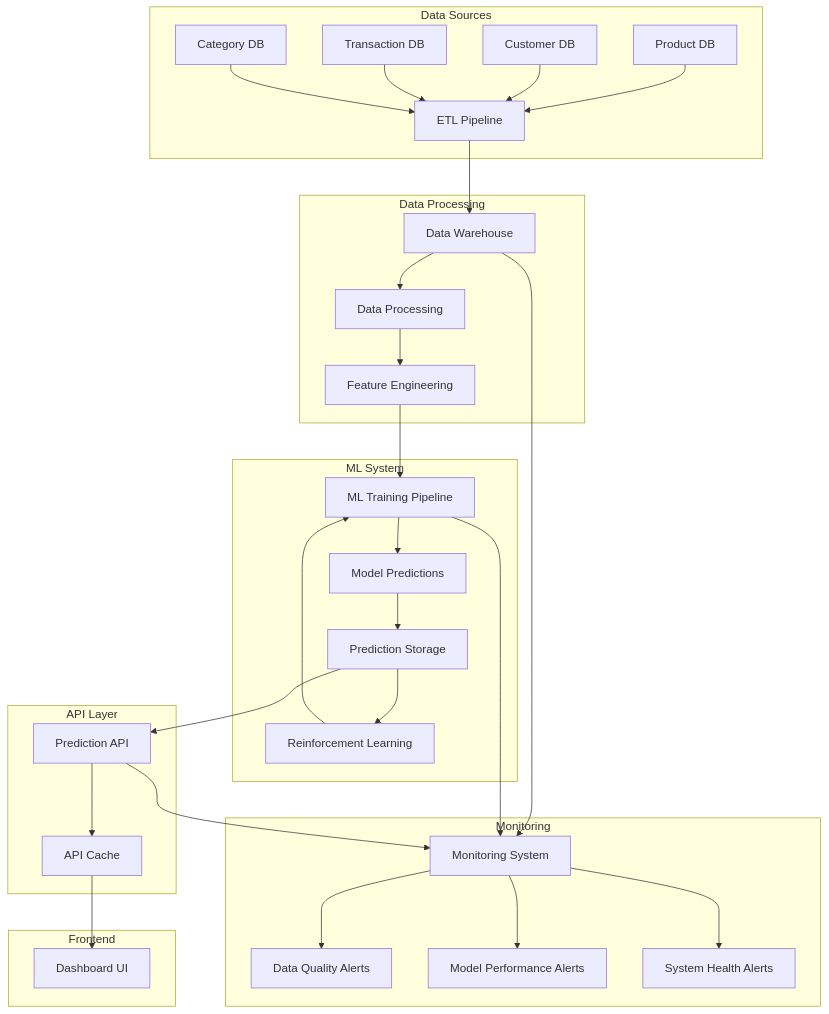
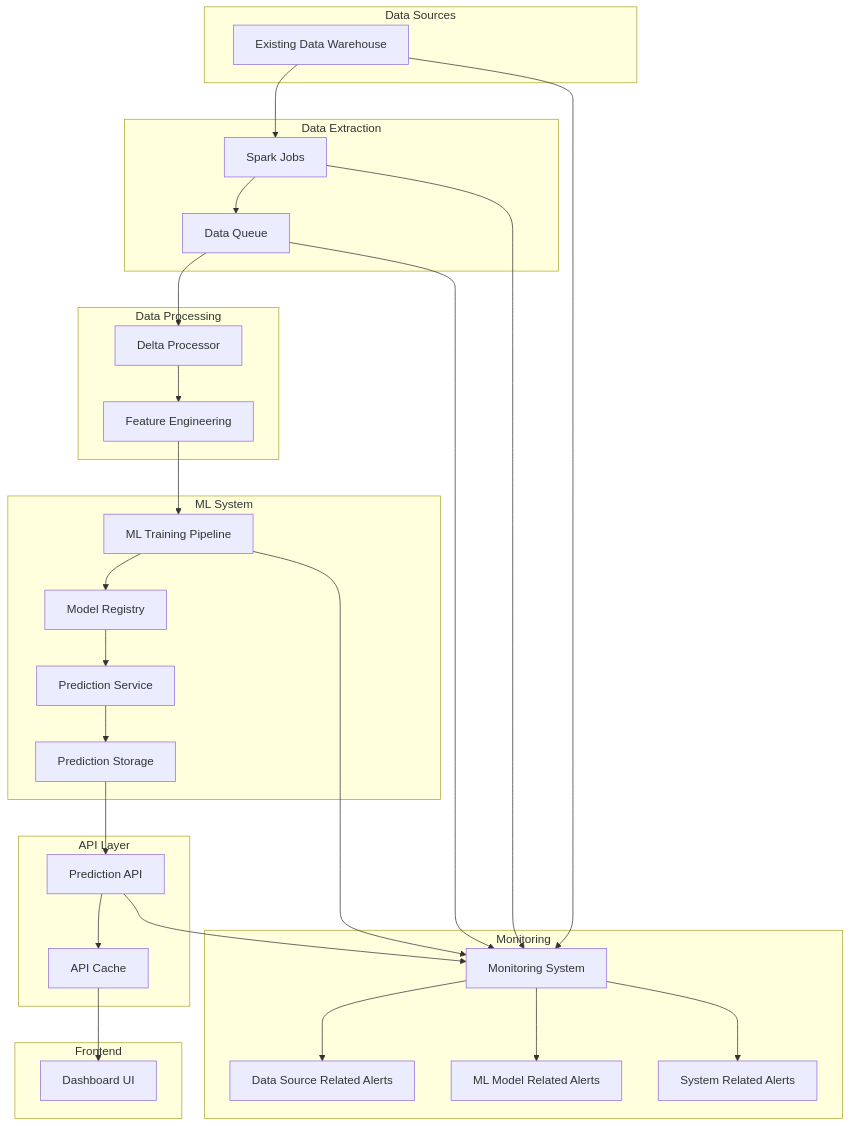
The first of 9 diagrams in README.md (NitishShandilya/SalesPrediction), drawn with Mermaid before and after one commit. The commit also changed other lines of this file, not shown here.

````diff
--- a/README.md
+++ b/README.md
@@ -79,41 +86,43 @@
 ```mermaid
 flowchart TD
     subgraph "Data Sources"
-        A[Product DB] --> ETL
-        B[Customer DB] --> ETL
-        C[Transaction DB] --> ETL
-        D[Category DB] --> ETL
+        DW[Existing Data Warehouse]
+    end
+    
+    subgraph "Data Extraction"
+        DW --> SJ[Spark Jobs]
+        SJ --> DQ[Data Queue]
     end
     
     subgraph "Data Processing"
-        ETL[ETL Pipeline] --> DW[Data Warehouse]
-        DW --> DP[Data Processing]
+        DQ --> DP[Delta Processor]
         DP --> FE[Feature Engineering]
     end
     
     subgraph "ML System"
         FE --> ML[ML Training Pipeline]
-        ML --> MP[Model Predictions]
-        MP --> PS[Prediction Storage]
-        PS --> RL[Reinforcement Learning]
-        RL --> ML
+        ML --> MP[Model Registry]
+        MP --> PS[Prediction Service]
+        PS --> PDB[Prediction Storage]
     end
     
     subgraph "API Layer"
-        PS --> API[Prediction API]
+        PDB --> API[Prediction API]
         API --> Cache[API Cache]
     end
     
     subgraph "Frontend"
         Cache --> UI[Dashboard UI]
     end
     
     subgraph "Monitoring"
-        M[Monitoring System] --> A1[Data Quality Alerts]
-        M --> A2[Model Performance Alerts]
-        M --> A3[System Health Alerts]
+        M[Monitoring System] --> A1[Data Source Related Alerts]
+        M --> A2[ML Model Related Alerts]
+        M --> A3[System Related Alerts]
         DW --> M
         ML --> M
         API --> M
+        SJ --> M
+        DQ --> M
     end
 ```
````
